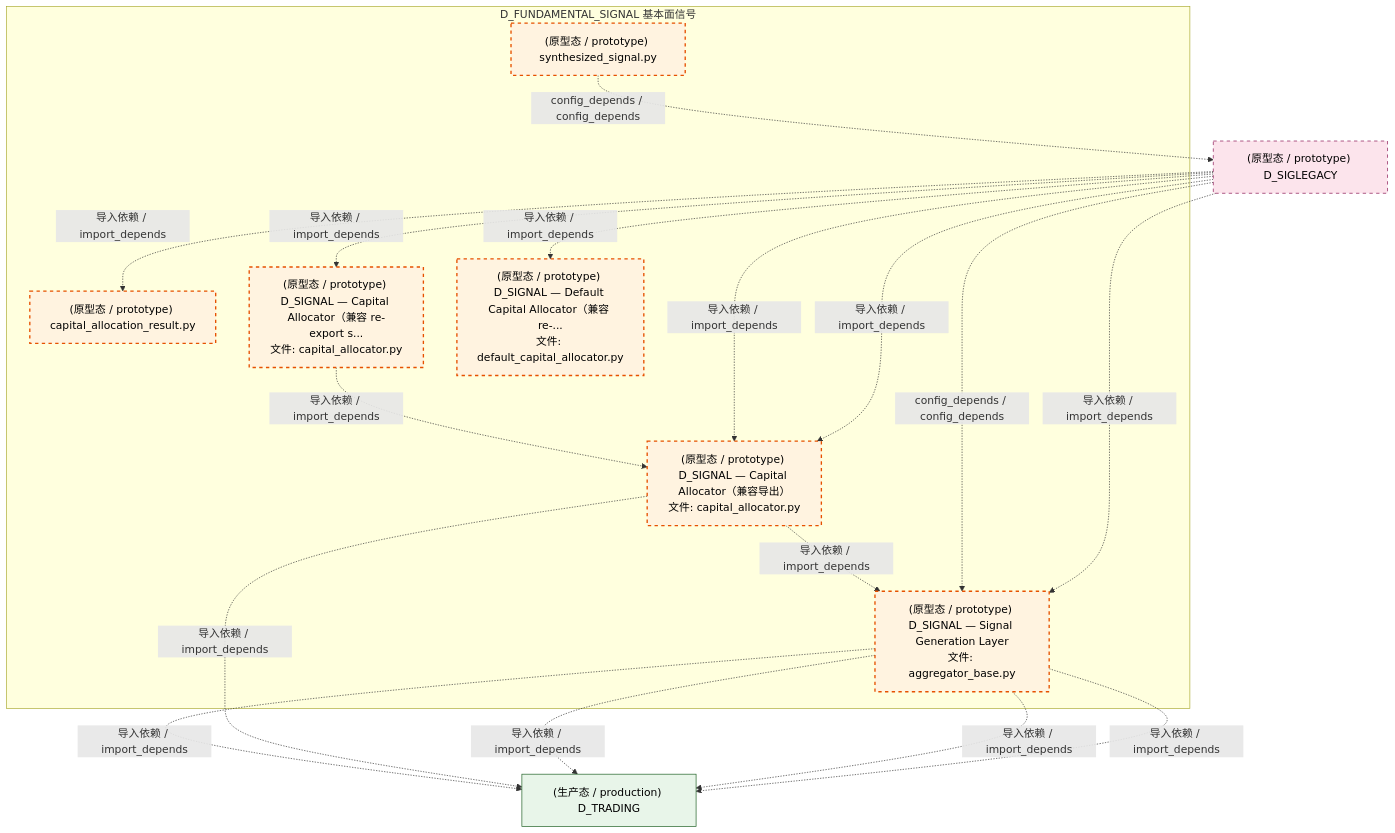
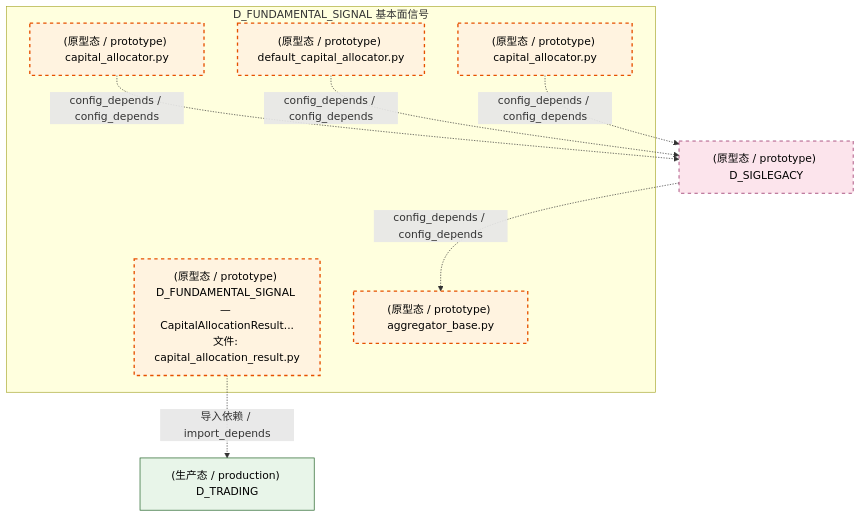
One commit to xuanFelixVan/ZephyrAlpha changed the third of 4 diagrams in docs/02_enterprise_architecture/02_domain_architecture_docs/37_d_fundamental_signal.md. Above: the diagram before and after it, drawn with Mermaid. The commit also changed other lines of this file and 126 other files, not shown here.

````diff
--- a/docs/02_enterprise_architecture/02_domain_architecture_docs/37_d_fundamental_signal.md
+++ b/docs/02_enterprise_architecture/02_domain_architecture_docs/37_d_fundamental_signal.md
@@ -177,35 +165,24 @@
 ```mermaid
 graph TD
     subgraph D_FUNDAMENTAL_SIGNAL["D_FUNDAMENTAL_SIGNAL 基本面信号"]
-        src_zephyr_signal_fundamental_capital_capital_allocation_result_py["(原型态 / prototype) capital_allocation_result.py"]
-        src_zephyr_signal_fundamental_capital_capital_allocator_py["(原型态 / prototype) D_SIGNAL — Capital Allocator（兼容 re-export s...<br/>文件: capital_allocator.py"]
-        src_zephyr_signal_fundamental_capital_default_capital_allocator_py["(原型态 / prototype) D_SIGNAL — Default Capital Allocator（兼容 re-...<br/>文件: default_capital_allocator.py"]
-        src_zephyr_signal_fundamental_combiner_synthesized_signal_py["(原型态 / prototype) synthesized_signal.py"]
-        src_zephyr_signal_fundamental_gen_aggregator_base_py["(原型态 / prototype) D_SIGNAL — Signal Generation Layer<br/>文件: aggregator_base.py"]
-        src_zephyr_signal_fundamental_strategy_capital_allocator_py["(原型态 / prototype) D_SIGNAL — Capital Allocator（兼容导出）<br/>文件: capital_allocator.py"]
+        src_zephyr_signal_fundamental_capital_capital_allocation_result_py["(原型态 / prototype) D_FUNDAMENTAL_SIGNAL — CapitalAllocationResult...<br/>文件: capital_allocation_result.py"]
+        src_zephyr_signal_fundamental_capital_capital_allocator_py["(原型态 / prototype) capital_allocator.py"]
+        src_zephyr_signal_fundamental_capital_default_capital_allocator_py["(原型态 / prototype) default_capital_allocator.py"]
+        src_zephyr_signal_fundamental_gen_aggregator_base_py["(原型态 / prototype) aggregator_base.py"]
+        src_zephyr_signal_fundamental_strategy_capital_allocator_py["(原型态 / prototype) capital_allocator.py"]
     end
-    src_zephyr_signal_fundamental_capital_capital_allocator_py -.->|导入依赖 / import_depends| src_zephyr_signal_fundamental_strategy_capital_allocator_py
-    src_zephyr_signal_fundamental_strategy_capital_allocator_py -.->|导入依赖 / import_depends| src_zephyr_signal_fundamental_gen_aggregator_base_py
+    D_SIGLEGACY["(原型态 / prototype) D_SIGLEGACY"]
+    src_zephyr_signal_fundamental_capital_capital_allocator_py -.->|config_depends / config_depends| D_SIGLEGACY
+    src_zephyr_signal_fundamental_capital_default_capital_allocator_py -.->|config_depends / config_depends| D_SIGLEGACY
     D_TRADING["(生产态 / production) D_TRADING"]
-    src_zephyr_signal_fundamental_gen_aggregator_base_py -.->|导入依赖 / import_depends| D_TRADING
-    src_zephyr_signal_fundamental_strategy_capital_allocator_py -.->|导入依赖 / import_depends| D_TRADING
-    src_zephyr_signal_fundamental_gen_aggregator_base_py -.->|导入依赖 / import_depends| D_TRADING
-    src_zephyr_signal_fundamental_gen_aggregator_base_py -.->|导入依赖 / import_depends| D_TRADING
-    src_zephyr_signal_fundamental_gen_aggregator_base_py -.->|导入依赖 / import_depends| D_TRADING
-    D_SIGLEGACY["(原型态 / prototype) D_SIGLEGACY"]
-    src_zephyr_signal_fundamental_combiner_synthesized_signal_py -.->|config_depends / config_depends| D_SIGLEGACY
-    D_SIGLEGACY -.->|导入依赖 / import_depends| src_zephyr_signal_fundamental_capital_capital_allocation_result_py
-    D_SIGLEGACY -.->|导入依赖 / import_depends| src_zephyr_signal_fundamental_strategy_capital_allocator_py
-    D_SIGLEGACY -.->|导入依赖 / import_depends| src_zephyr_signal_fundamental_capital_capital_allocator_py
+    src_zephyr_signal_fundamental_capital_capital_allocation_result_py -.->|导入依赖 / import_depends| D_TRADING
+    src_zephyr_signal_fundamental_strategy_capital_allocator_py -.->|config_depends / config_depends| D_SIGLEGACY
     D_SIGLEGACY -.->|config_depends / config_depends| src_zephyr_signal_fundamental_gen_aggregator_base_py
-    D_SIGLEGACY -.->|导入依赖 / import_depends| src_zephyr_signal_fundamental_strategy_capital_allocator_py
-    D_SIGLEGACY -.->|导入依赖 / import_depends| src_zephyr_signal_fundamental_gen_aggregator_base_py
-    D_SIGLEGACY -.->|导入依赖 / import_depends| src_zephyr_signal_fundamental_capital_default_capital_allocator_py
     classDef production fill:#e1f5fe,stroke:#01579b,stroke-width:2px,color:#000
     classDef design fill:#fff3e0,stroke:#e65100,stroke-width:2px,color:#000,stroke-dasharray: 5 5
     classDef external_prod fill:#e8f5e9,stroke:#1b5e20,stroke-width:1px,color:#000
     classDef external_design fill:#fce4ec,stroke:#880e4f,stroke-width:1px,color:#000,stroke-dasharray: 5 5
-    class src_zephyr_signal_fundamental_capital_capital_allocation_result_py,src_zephyr_signal_fundamental_capital_capital_allocator_py,src_zephyr_signal_fundamental_capital_default_capital_allocator_py,src_zephyr_signal_fundamental_combiner_synthesized_signal_py,src_zephyr_signal_fundamental_gen_aggregator_base_py,src_zephyr_signal_fundamental_strategy_capital_allocator_py design
+    class src_zephyr_signal_fundamental_capital_capital_allocation_result_py,src_zephyr_signal_fundamental_capital_capital_allocator_py,src_zephyr_signal_fundamental_capital_default_capital_allocator_py,src_zephyr_signal_fundamental_gen_aggregator_base_py,src_zephyr_signal_fundamental_strategy_capital_allocator_py design
     class D_TRADING external_prod
     class D_SIGLEGACY external_design
 ```
````
